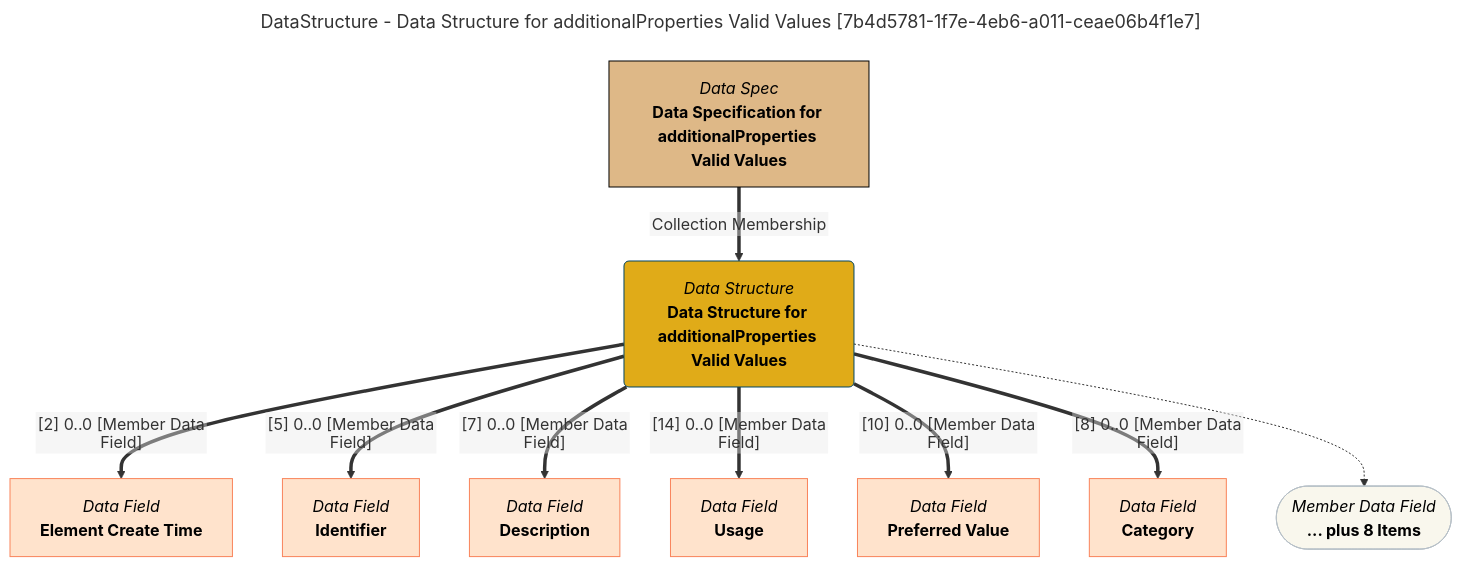
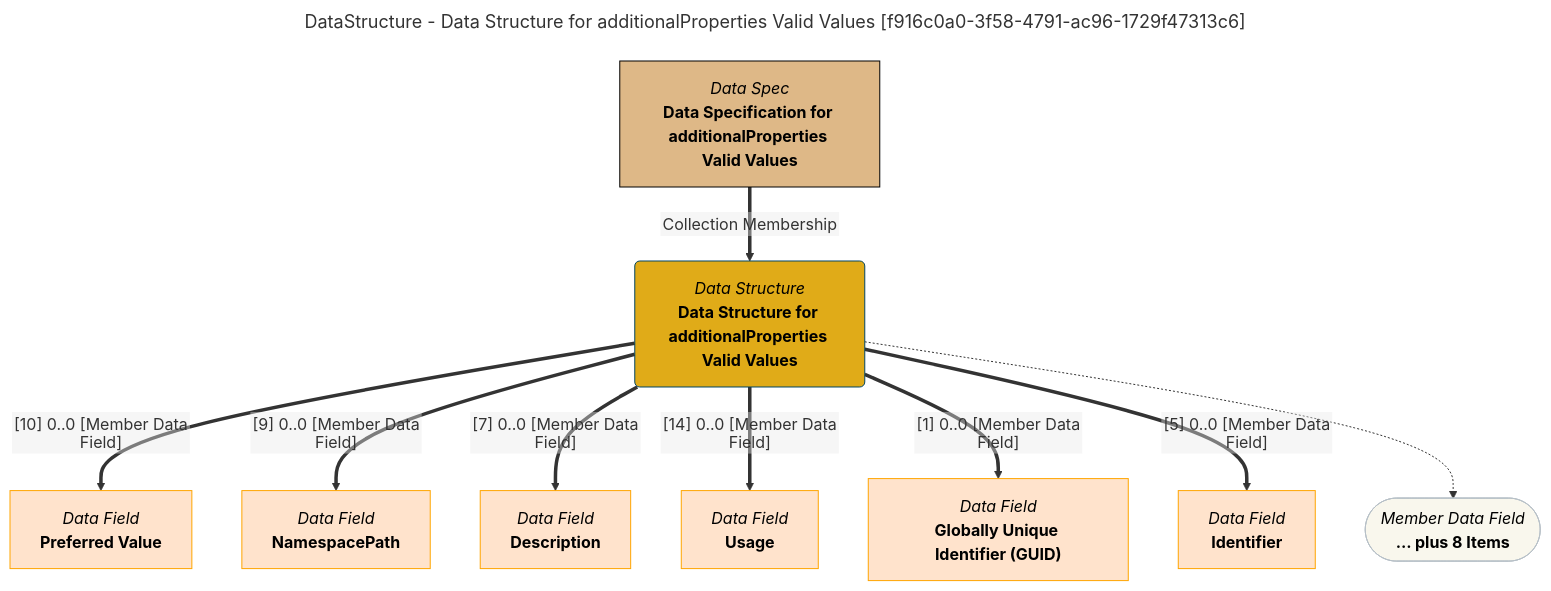
One commit to odpi/egeria-docs changed the diagram in site/snippets/data-structures/data-structure-for-additionalproperties-valid-values-mermaid-graph.md. Above: the diagram before and after it, drawn with Mermaid. The commit also changed 2201 other files, not shown here.

````diff
--- a/site/snippets/data-structures/data-structure-for-additionalproperties-valid-values-mermaid-graph.md
+++ b/site/snippets/data-structures/data-structure-for-additionalproperties-valid-values-mermaid-graph.md
@@ -1,43 +1,43 @@
 ```mermaid
 ---
-title: DataStructure - Data Structure for additionalProperties Valid Values [7b4d5781-1f7e-4eb6-a011-ceae06b4f1e7]
+title: DataStructure - Data Structure for additionalProperties Valid Values [f916c0a0-3f58-4791-ac96-1729f47313c6]
 ---
 flowchart TD
 %%{init: {"flowchart": {"htmlLabels": false}} }%%
 
 1@{ shape: rounded, label: "*Data Structure*
 **Data Structure for additionalProperties Valid Values**"}
 2@{ shape: rect, label: "*Data Spec*
 **Data Specification for additionalProperties Valid Values**"}
 2==>|"Collection Membership"|1
 3@{ shape: rect, label: "*Data Field*
-**Element Create Time**"}
-1==>|"[2] 0..0 [Member Data Field]"|3
+**Preferred Value**"}
+1==>|"[10] 0..0 [Member Data Field]"|3
 4@{ shape: rect, label: "*Data Field*
-**Identifier**"}
-1==>|"[5] 0..0 [Member Data Field]"|4
+**NamespacePath**"}
+1==>|"[9] 0..0 [Member Data Field]"|4
 5@{ shape: rect, label: "*Data Field*
 **Description**"}
 1==>|"[7] 0..0 [Member Data Field]"|5
 6@{ shape: rect, label: "*Data Field*
 **Usage**"}
 1==>|"[14] 0..0 [Member Data Field]"|6
 7@{ shape: rect, label: "*Data Field*
-**Preferred Value**"}
-1==>|"[10] 0..0 [Member Data Field]"|7
+**Globally Unique Identifier (GUID)**"}
+1==>|"[1] 0..0 [Member Data Field]"|7
 8@{ shape: rect, label: "*Data Field*
-**Category**"}
-1==>|"[8] 0..0 [Member Data Field]"|8
+**Identifier**"}
+1==>|"[5] 0..0 [Member Data Field]"|8
 9@{ shape: stadium, label: "*Member Data Field*
 **... plus 8 Items**"}
 1-.->9
 style 1 color:#000000, fill:#e0ab18, stroke:#004563
-style 2 color:#000000, fill:#deb887, stroke:#000000
-style 3 color:#000000, fill:#ffe3cc, stroke:#f9845b
-style 4 color:#000000, fill:#ffe3cc, stroke:#f9845b
-style 5 color:#000000, fill:#ffe3cc, stroke:#f9845b
-style 6 color:#000000, fill:#ffe3cc, stroke:#f9845b
-style 7 color:#000000, fill:#ffe3cc, stroke:#f9845b
-style 8 color:#000000, fill:#ffe3cc, stroke:#f9845b
+style 2 color:#000000, fill:#DEB887, stroke:#000000
+style 3 color:#000000, fill:#ffe3cc, stroke:#FFA500
+style 4 color:#000000, fill:#ffe3cc, stroke:#FFA500
+style 5 color:#000000, fill:#ffe3cc, stroke:#FFA500
+style 6 color:#000000, fill:#ffe3cc, stroke:#FFA500
+style 7 color:#000000, fill:#ffe3cc, stroke:#FFA500
+style 8 color:#000000, fill:#ffe3cc, stroke:#FFA500
 style 9 color:#000000, fill:#F9F7ED, stroke:#b7c0c7
 ```
````
